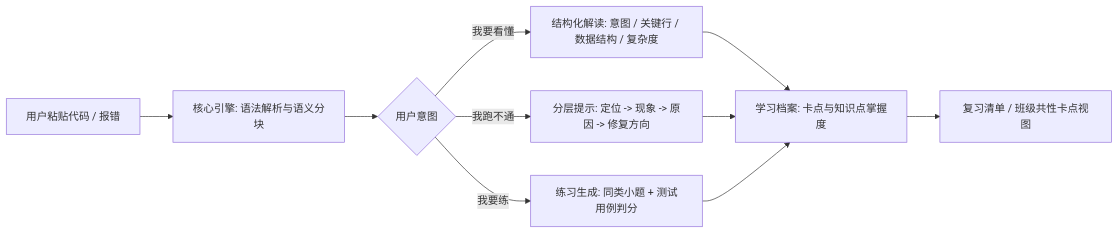
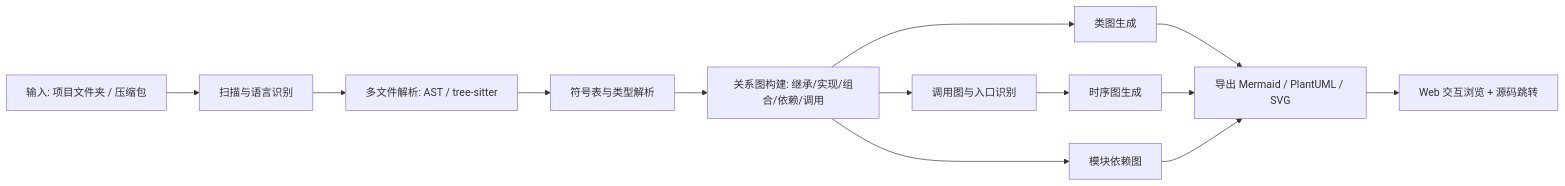
The diagram in docs/requirements/problem_definition.md (kane0204/CodeLens), drawn with Mermaid before and after one commit. The commit also changed other lines of this file and 9 other files, not shown here.

Commit message:
docs: 重新定义产品为项目结构可视化（类图/时序图/依赖图）

````diff
--- a/docs/requirements/problem_definition.md
+++ b/docs/requirements/problem_definition.md
@@ -80,12 +83,15 @@
 ```mermaid
 flowchart LR
-    A[用户粘贴代码 / 报错] --> B[核心引擎: 语法解析与语义分块]
-    B --> C{用户意图}
-    C -->|我要看懂| D[结构化解读: 意图 / 关键行 / 数据结构 / 复杂度]
-    C -->|我跑不通| E[分层提示: 定位 -> 现象 -> 原因 -> 修复方向]
-    C -->|我要练| F[练习生成: 同类小题 + 测试用例判分]
-    D --> G[学习档案: 卡点与知识点掌握度]
-    E --> G
-    F --> G
-    G --> H[复习清单 / 班级共性卡点视图]
+    A[输入: 项目文件夹 / 压缩包] --> B[扫描与语言识别]
+    B --> C[多文件解析: AST / tree-sitter]
+    C --> D[符号表与类型解析]
+    D --> E[关系图构建: 继承/实现/组合/依赖/调用]
+    E --> F[类图生成]
+    E --> G[调用图与入口识别]
+    G --> H[时序图生成]
+    E --> I[模块依赖图]
+    F --> J[导出 Mermaid / PlantUML / SVG]
+    H --> J
+    I --> J
+    J --> K[Web 交互浏览 + 源码跳转]
 ```
````
